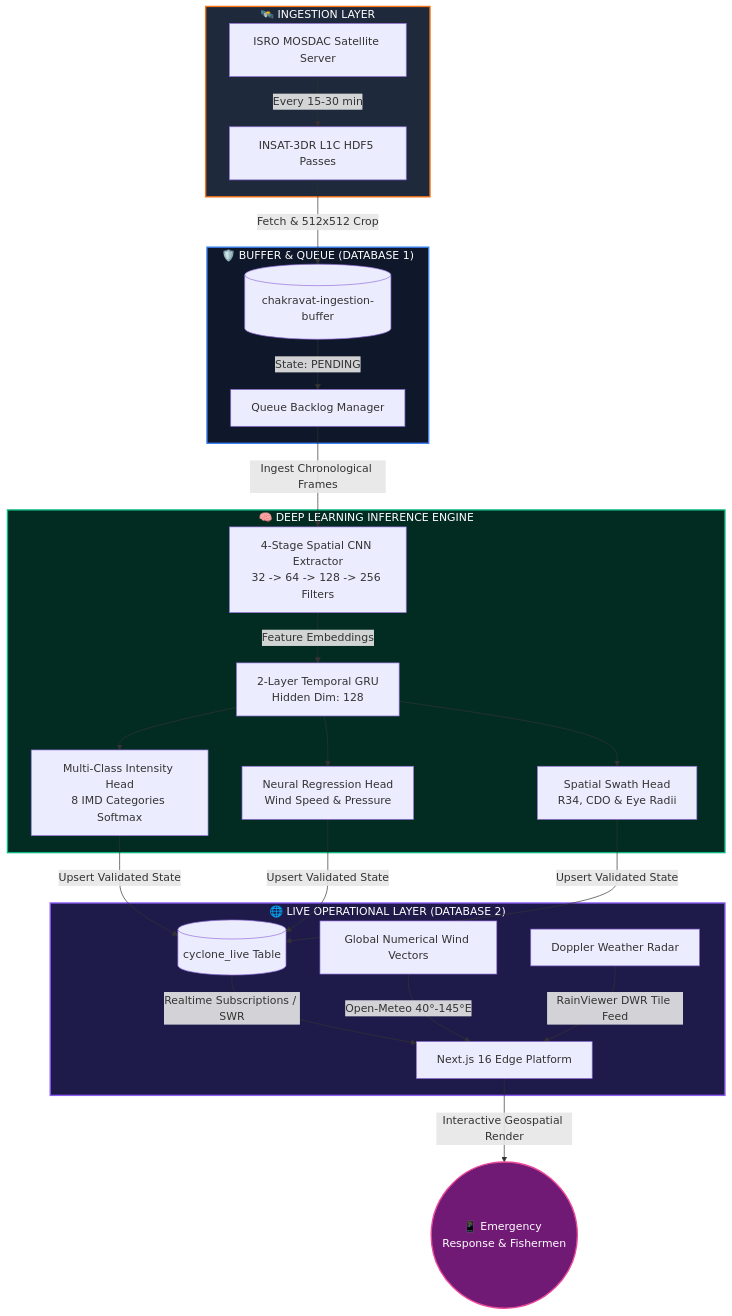
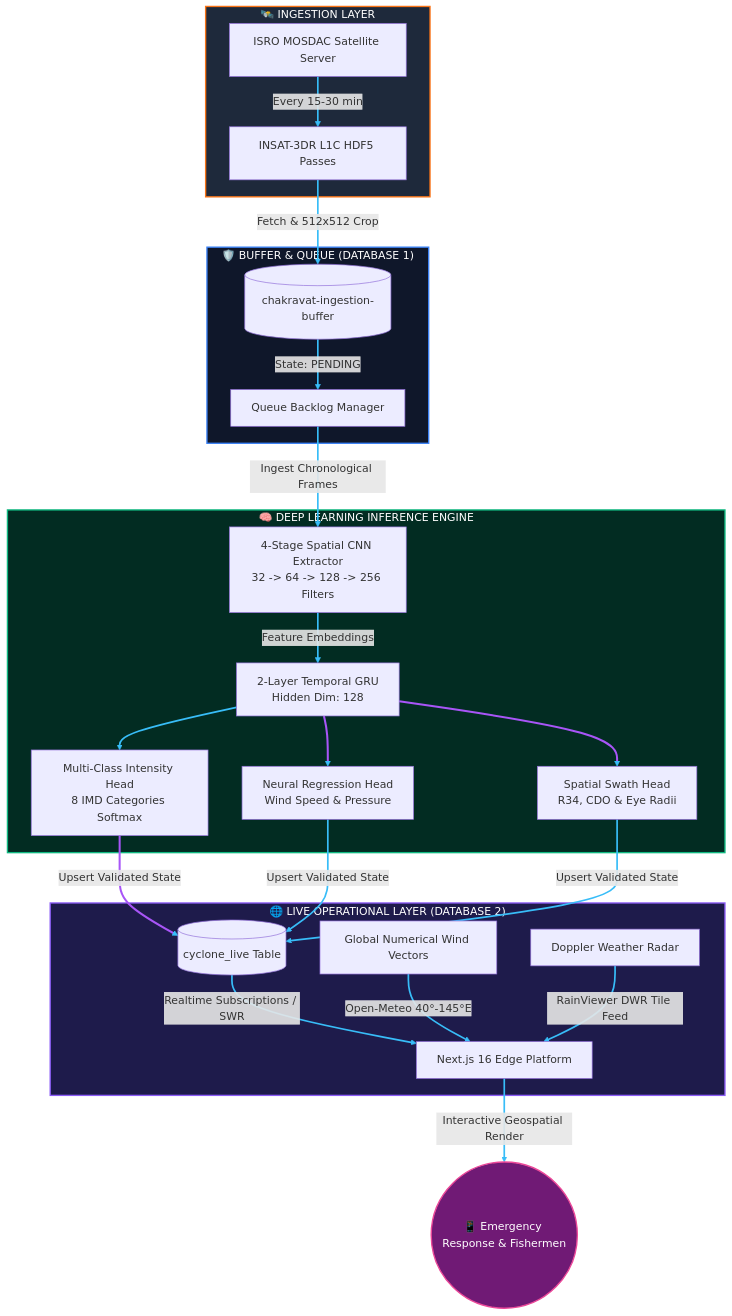
One commit to AweshHussain/chakravat-manthan changed the diagram in README.md. Above: the diagram before and after it, drawn with Mermaid. The commit also changed 1 other file, not shown here.

Commit message:
docs(readme): enhance Mermaid connector line colors and visibility; fix track line contrast

````diff
--- a/README.md
+++ b/README.md
@@ -43,40 +43,45 @@
 ```mermaid
 flowchart TD
     subgraph SATELLITE["🛰️ INGESTION LAYER"]
         M[ISRO MOSDAC Satellite Server] -->|Every 15-30 min| F[INSAT-3DR L1C HDF5 Passes]
     end
 
     subgraph BUFFER["🛡️ BUFFER & QUEUE (DATABASE 1)"]
         F -->|Fetch & 512x512 Crop| Q[(chakravat-ingestion-buffer)]
         Q -->|State: PENDING| B[Queue Backlog Manager]
     end
 
     subgraph AI["🧠 DEEP LEARNING INFERENCE ENGINE"]
         B -->|Ingest Chronological Frames| CNN[4-Stage Spatial CNN Extractor<br/>32 -> 64 -> 128 -> 256 Filters]
         CNN -->|Feature Embeddings| GRU[2-Layer Temporal GRU<br/>Hidden Dim: 128]
         GRU --> H1[Multi-Class Intensity Head<br/>8 IMD Categories Softmax]
         GRU --> H2[Neural Regression Head<br/>Wind Speed & Pressure]
         GRU --> H3[Spatial Swath Head<br/>R34, CDO & Eye Radii]
     end
 
     subgraph PRODUCTION["🌐 LIVE OPERATIONAL LAYER (DATABASE 2)"]
         H1 & H2 & H3 -->|Upsert Validated State| DB2[(cyclone_live Table)]
         DB2 -->|Realtime Subscriptions / SWR| UI[Next.js 16 Edge Platform]
         W[Global Numerical Wind Vectors] -->|Open-Meteo 40°-145°E| UI
         R[Doppler Weather Radar] -->|RainViewer DWR Tile Feed| UI
     end
 
     UI -->|Interactive Geospatial Render| USER((📱 Emergency Response & Fishermen))
 
     classDef sat fill:#1e293b,stroke:#f97316,stroke-width:2px,color:#fff;
     classDef buf fill:#0f172a,stroke:#3b82f6,stroke-width:2px,color:#fff;
     classDef ai fill:#022c22,stroke:#10b981,stroke-width:2px,color:#fff;
     classDef prod fill:#1e1b4b,stroke:#8b5cf6,stroke-width:2px,color:#fff;
     classDef usr fill:#701a75,stroke:#ec4899,stroke-width:2px,color:#fff;
 
     class SATELLITE sat;
     class BUFFER buf;
     class AI ai;
     class PRODUCTION prod;
     class USER usr;
+
+    linkStyle default stroke:#38bdf8,stroke-width:2.5px;
+    linkStyle 0,1,2,3,4,5 stroke:#38bdf8,stroke-width:2.5px;
+    linkStyle 6,7,8 stroke:#a855f7,stroke-width:3px;
+    linkStyle 9,10,11,12 stroke:#38bdf8,stroke-width:2.5px;
 ```
````
